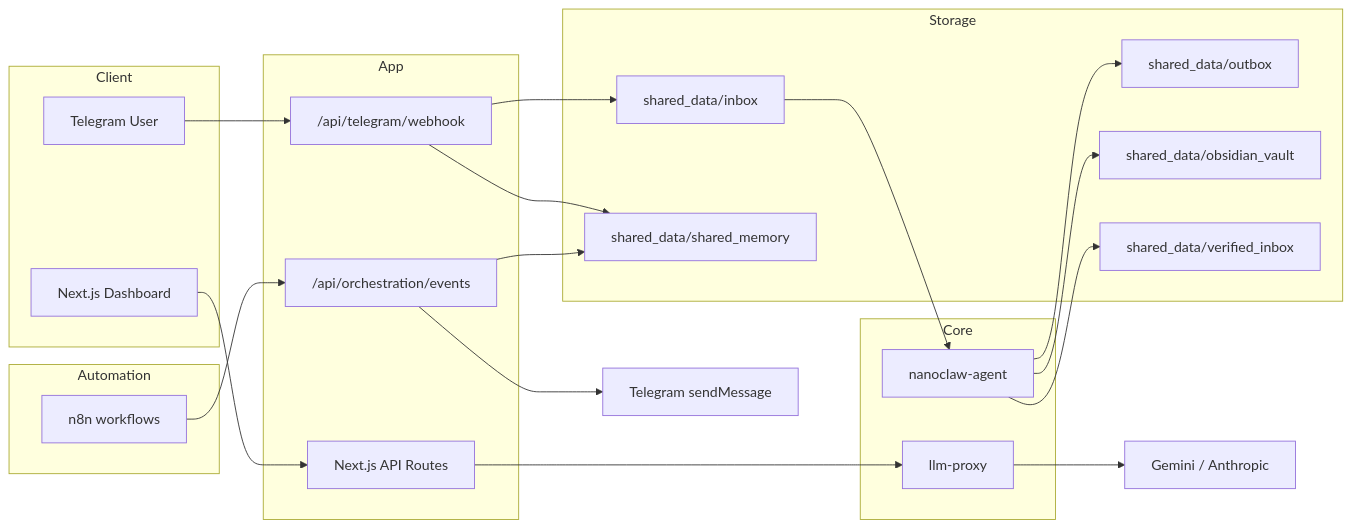
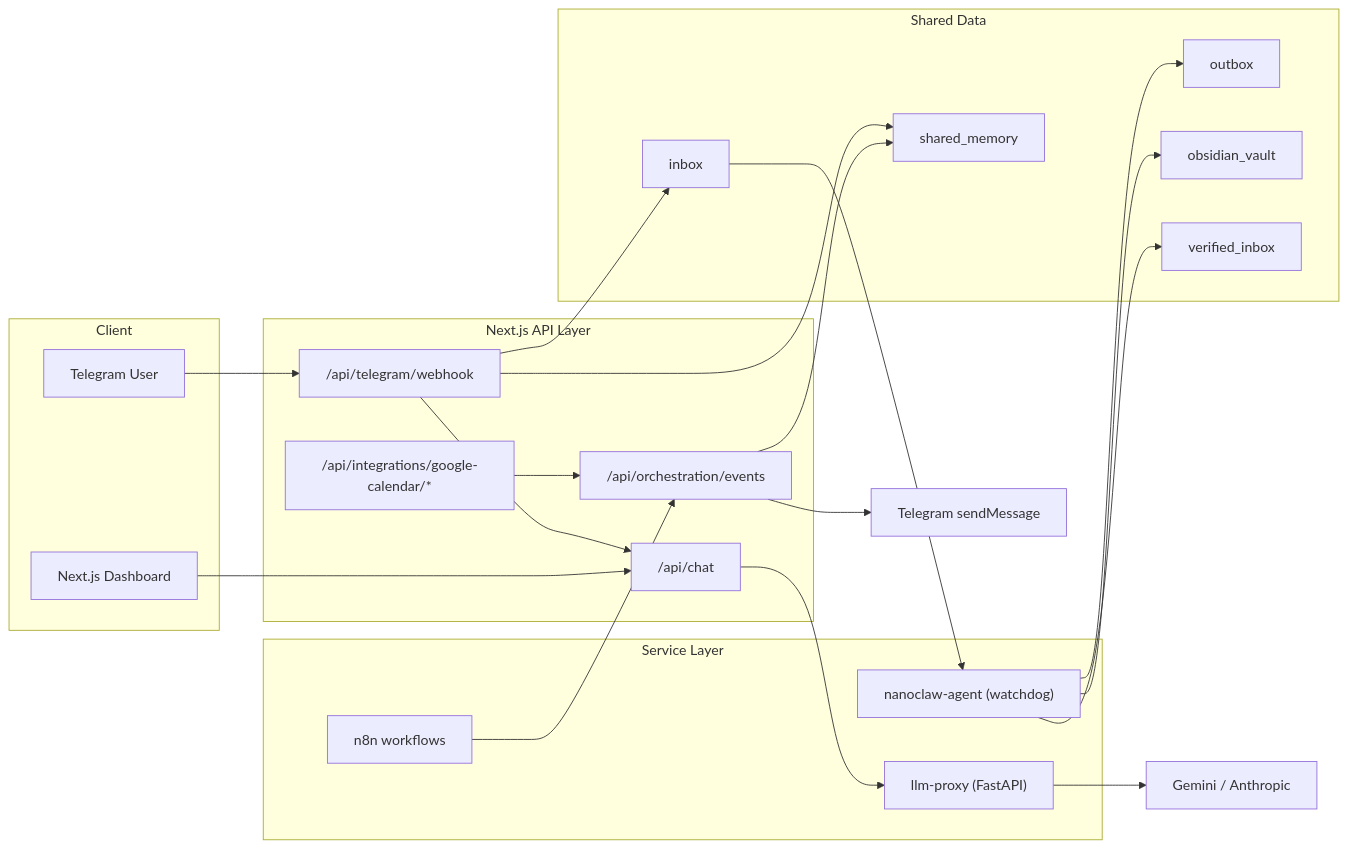
One commit to Merchantlee99/Personal-AI-agent-v2 changed the first of 4 diagrams in docs/ARCHITECTURE.md. Above: the diagram before and after it, drawn with Mermaid. The commit also changed other lines of this file and 9 other files, not shown here.

````diff
--- a/docs/ARCHITECTURE.md
+++ b/docs/ARCHITECTURE.md
@@ -18,46 +18,47 @@
 ```mermaid
 flowchart LR
-  subgraph Client
+  subgraph CLIENT["Client"]
     UI["Next.js Dashboard"]
     TGUSER["Telegram User"]
   end
 
-  subgraph App
-    API["Next.js API Routes"]
+  subgraph APP["Next.js API Layer"]
+    CHAT["/api/chat"]
     ORCH["/api/orchestration/events"]
     TGCB["/api/telegram/webhook"]
+    GCAL["/api/integrations/google-calendar/*"]
   end
 
-  subgraph Core
-    PX["llm-proxy"]
-    AG["nanoclaw-agent"]
-  end
-
-  subgraph Automation
+  subgraph CORE["Service Layer"]
+    PX["llm-proxy (FastAPI)"]
+    AG["nanoclaw-agent (watchdog)"]
     N8N["n8n workflows"]
   end
 
-  subgraph Storage
-    INBOX["shared_data/inbox"]
-    OUTBOX["shared_data/outbox"]
-    VAULT["shared_data/obsidian_vault"]
-    VERIFIED["shared_data/verified_inbox"]
-    MEM["shared_data/shared_memory"]
+  subgraph STORE["Shared Data"]
+    INBOX["inbox"]
+    OUTBOX["outbox"]
+    VAULT["obsidian_vault"]
+    VERIFIED["verified_inbox"]
+    MEMORY["shared_memory"]
   end
 
-  UI --> API
-  API --> PX
+  UI --> CHAT
+  CHAT --> PX
   PX --> LLM["Gemini / Anthropic"]
 
   N8N --> ORCH
-  ORCH --> TG["Telegram sendMessage"]
+  ORCH --> TGAPI["Telegram sendMessage"]
   TGUSER --> TGCB
+  TGCB --> CHAT
   TGCB --> INBOX
 
   INBOX --> AG
   AG --> OUTBOX
   AG --> VAULT
   AG --> VERIFIED
-  ORCH --> MEM
-  TGCB --> MEM
+
+  ORCH --> MEMORY
+  TGCB --> MEMORY
+  GCAL --> ORCH
 ```
````
